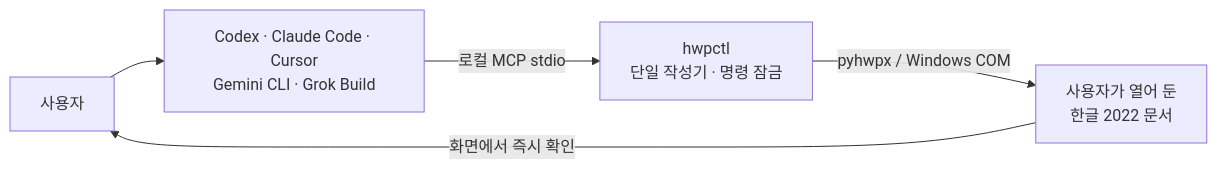
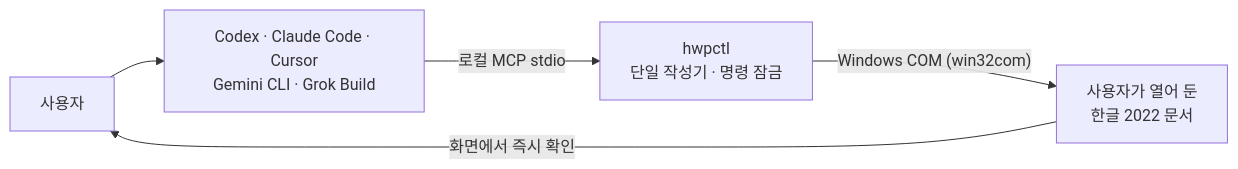
One commit to Jasujung99/hwpctl changed the diagram in README.md. Above: the diagram before and after it, drawn with Mermaid. The commit also changed other lines of this file and 8 other files, not shown here.

First line of the commit message:
docs: correct stale limitations and set win32com as the verified backend

````diff
--- a/README.md
+++ b/README.md
@@ -23,7 +25,7 @@
 ```mermaid
 flowchart LR
     U["사용자"] --> A["Codex · Claude Code · Cursor<br/>Gemini CLI · Grok Build"]
     A -->|"로컬 MCP stdio"| B["hwpctl<br/>단일 작성기 · 명령 잠금"]
-    B -->|"pyhwpx / Windows COM"| H["사용자가 열어 둔<br/>한글 2022 문서"]
+    B -->|"Windows COM (win32com)"| H["사용자가 열어 둔<br/>한글 2022 문서"]
     H -->|"화면에서 즉시 확인"| U
 ```
````
